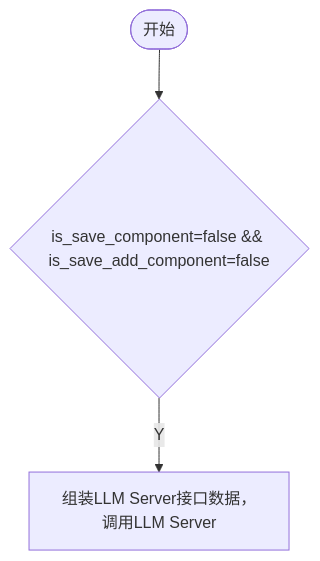
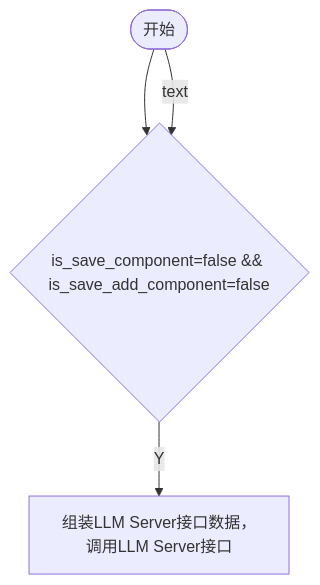
The diagram in all/未命名-7.md (yingjianzh/iodraw-files), drawn with Mermaid before and after one commit.

Commit message:
2024-10-12 13:51:19 update

````diff
--- a/all/未命名-7.md
+++ b/all/未命名-7.md
@@ -1,7 +1,8 @@
 ```mermaid
 flowchart TD
     A([开始]) --> B{is_save_component=false && is_save_add_component=false}
-    B -- Y --> C[组装LLM Server接口数据，调用LLM Server]
+    B -- Y --> C[组装LLM Server接口数据，调用LLM Server接口]
+    A-- text -->B
     
 
 ```
````
